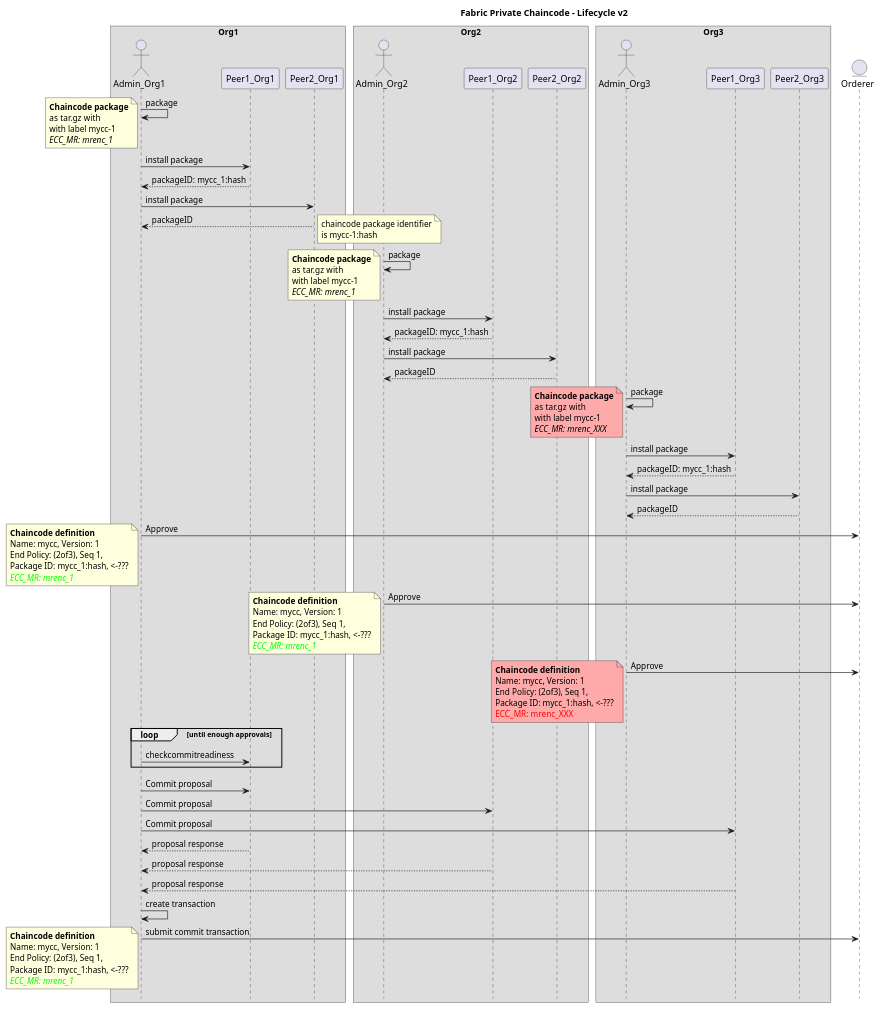
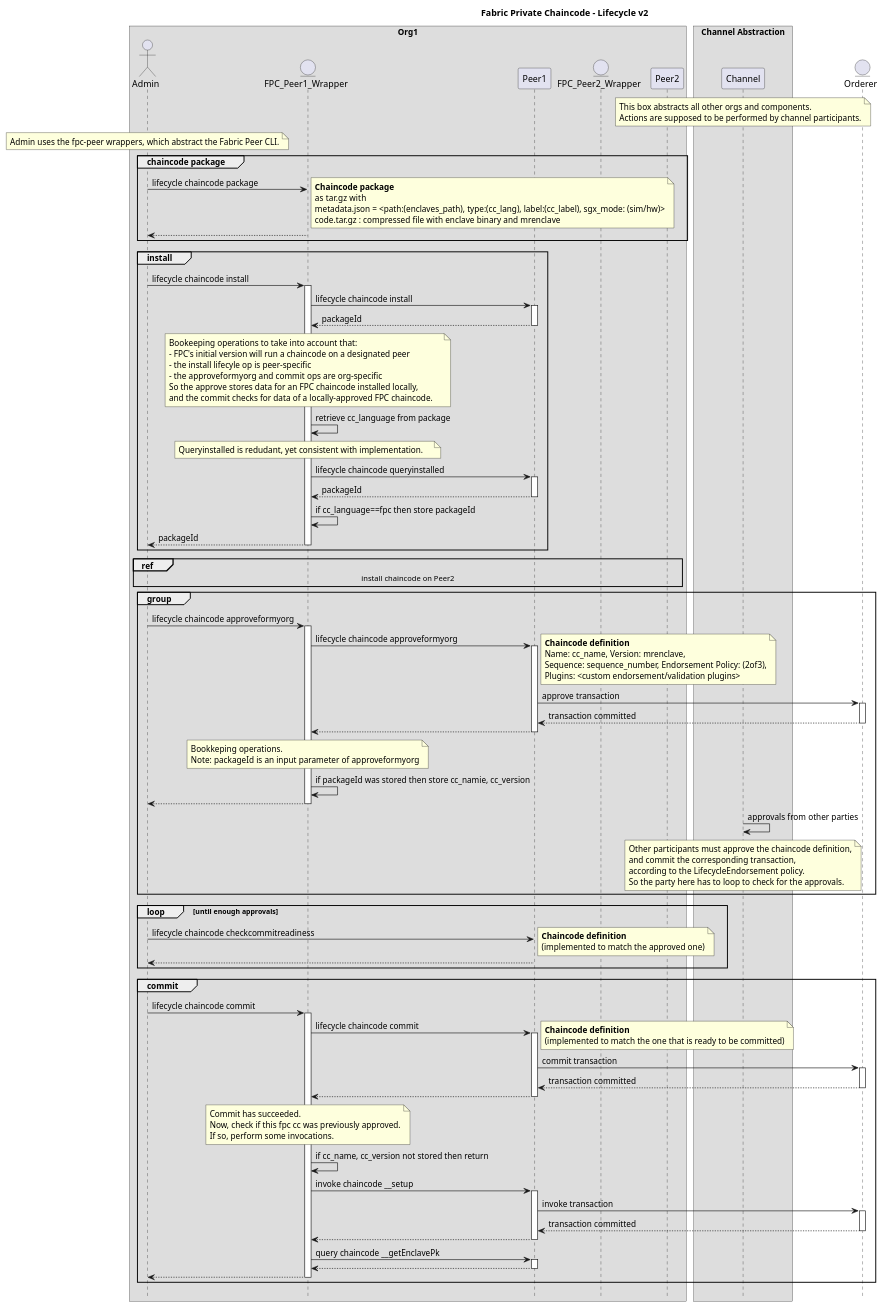
One commit to hyperledger/fabric-private-chaincode changed the diagram in docs/design/fabric-v2+/fpc-lifecycle-v2.puml. Above: the diagram before and after it, drawn with PlantUML. The commit also changed 2 other files, not shown here.

Commit message:
no new file; modify original one

```diff
--- a/docs/design/fabric-v2+/fpc-lifecycle-v2.puml
+++ b/docs/design/fabric-v2+/fpc-lifecycle-v2.puml
@@ -8,129 +8,132 @@
 @startuml
-
-'- force wrapping of longer text
-'skinparam wrapWidth 400
 
 !pragma teoz true
 
 hide footbox
 title Foot Box removed
 
 title Fabric Private Chaincode - Lifecycle v2
 
 box "Org1"
-actor	Admin_Org1
-participant Peer1_Org1
-participant Peer2_Org1
+actor	Admin order 10
+entity "FPC_Peer1_Wrapper" as FPC_Peer1_Wrapper order 15
+participant Peer1 order 20
+entity "FPC_Peer2_Wrapper" as FPC_Peer2_Wrapper order 30
+participant Peer2 order 40
 end box
 
-box "Org2"
-actor	Admin_Org2
-participant Peer1_Org2
-participant Peer2_Org2
+box "Channel Abstraction"
+participant Channel order 70
+note over Channel
+    This box abstracts all other orgs and components.
+    Actions are supposed to be performed by channel participants.
+end note
 end box
 
-box "Org3"
-actor	Admin_Org3
-participant Peer1_Org3
-participant Peer2_Org3
-end box
+entity Orderer order 80
 
-entity Orderer
-
-
-Admin_Org1 -> Admin_Org1 : package
-note left
-	**Chaincode package**
-	as tar.gz with
-	with label mycc-1
-	//ECC_MR: mrenc_1//
+note over Admin
+    Admin uses the fpc-peer wrappers, which abstract the Fabric Peer CLI.
 end note
 
-Admin_Org1 -> Peer1_Org1 : install package
-return packageID: mycc_1:hash
-Admin_Org1 -> Peer2_Org1 : install package
-return packageID
+group chaincode package
+Admin -> FPC_Peer1_Wrapper : lifecycle chaincode package
 note right
-	chaincode package identifier
-	is mycc-1:hash
+    **Chaincode package**
+    as tar.gz with
+    metadata.json = <path:(enclaves_path), type:(cc_lang), label:(cc_label), sgx_mode: (sim/hw)>
+    code.tar.gz : compressed file with enclave binary and mrenclave
+end note
+return
+end /' group chaincode package '/
+
+group install
+Admin -> FPC_Peer1_Wrapper ++: lifecycle chaincode install
+FPC_Peer1_Wrapper -> Peer1 ++: lifecycle chaincode install
+return packageId
+note over FPC_Peer1_Wrapper
+    Bookeeping operations to take into account that:
+    - FPC's initial version will run a chaincode on a designated peer
+    - the install lifecyle op is peer-specific
+    - the approveformyorg and commit ops are org-specific
+    So the approve stores data for an FPC chaincode installed locally,
+    and the commit checks for data of a locally-approved FPC chaincode.    
+end note
+FPC_Peer1_Wrapper -> FPC_Peer1_Wrapper : retrieve cc_language from package
+note over FPC_Peer1_Wrapper
+    Queryinstalled is redudant, yet consistent with implementation.    
+end note
+FPC_Peer1_Wrapper -> Peer1 ++: lifecycle chaincode queryinstalled
+return packageId
+FPC_Peer1_Wrapper -> FPC_Peer1_Wrapper : if cc_language==fpc then store packageId
+return packageId /' Admin -> FPC_Peer1_Wrapper '/
+end /' group install '/
+
+ref over Admin, FPC_Peer2_Wrapper, Peer2
+    install chaincode on Peer2
+end /' ref '/
+
+group /' approve '/
+Admin -> FPC_Peer1_Wrapper ++: lifecycle chaincode approveformyorg
+FPC_Peer1_Wrapper -> Peer1 ++: lifecycle chaincode approveformyorg
+note right
+    **Chaincode definition**
+    Name: cc_name, Version: mrenclave,
+    Sequence: sequence_number, Endorsement Policy: (2of3),
+    Plugins: <custom endorsement/validation plugins>
+end note
+Peer1 -> Orderer ++: approve transaction
+return transaction committed /' Peer1 -> Orderer '/
+return /' FPC_Peer1_Wrapper -> Peer1 '/
+note over FPC_Peer1_Wrapper
+    Bookkeping operations.
+    Note: packageId is an input parameter of approveformyorg
+end note
+FPC_Peer1_Wrapper -> FPC_Peer1_Wrapper : if packageId was stored then store cc_namie, cc_version
+return /' Admin -> FPC_Peer1_Wrapper '/
+
+Channel -> Channel : approvals from other parties
+note over Channel
+    Other participants must approve the chaincode definition,
+    and commit the corresponding transaction,
+    according to the LifecycleEndorsement policy.
+    So the party here has to loop to check for the approvals.
 end note
 
-Admin_Org2 -> Admin_Org2 : package
-note left
-	**Chaincode package**
-	as tar.gz with
-	with label mycc-1
-	//ECC_MR: mrenc_1//
-end note
-
-Admin_Org2 -> Peer1_Org2 : install package
-return packageID: mycc_1:hash
-Admin_Org2 -> Peer2_Org2 : install package
-return packageID
-
-Admin_Org3 -> Admin_Org3 : package
-note left #FFAAAA
-	**Chaincode package**
-	as tar.gz with
-	with label mycc-1
-	//ECC_MR: mrenc_XXX//
-end note
-
-Admin_Org3 -> Peer1_Org3 : install package
-return packageID: mycc_1:hash
-Admin_Org3 -> Peer2_Org3 : install package
-return packageID
-
-
-Admin_Org1 -> Orderer : Approve
-note left
-	**Chaincode definition**
-	Name: mycc, Version: 1
-	End Policy: (2of3), Seq 1,
-	Package ID: mycc_1:hash, <-???
-	//<color #00FF00>ECC_MR: mrenc_1</color>//
-end note
-
-Admin_Org2 -> Orderer : Approve
-note left
-	**Chaincode definition**
-	Name: mycc, Version: 1
-	End Policy: (2of3), Seq 1,
-	Package ID: mycc_1:hash, <-???
-	//<color #00FF00>ECC_MR: mrenc_1</color>//
-end note
-
-Admin_Org3 -> Orderer : Approve
-note left #FFAAAA
-	**Chaincode definition**
-	Name: mycc, Version: 1
-	End Policy: (2of3), Seq 1,
-	Package ID: mycc_1:hash, <-???
-	<color #FF0000>ECC_MR: mrenc_XXX</color>
-end note
+end /' group approve '/
 
 loop until enough approvals
-	Admin_Org1 -> Peer1_Org1 : checkcommitreadiness
+	Admin -> Peer1 : lifecycle chaincode checkcommitreadiness
+note right
+    **Chaincode definition**
+    (implemented to match the approved one)
+end note
+    return
 end
 
-
-Admin_Org1 -> Peer1_Org1 : Commit proposal
-Admin_Org1 -> Peer1_Org2 : Commit proposal
-Admin_Org1 -> Peer1_Org3 : Commit proposal
-
-Peer1_Org1 --> Admin_Org1: proposal response
-Peer1_Org2 --> Admin_Org1: proposal response
-Peer1_Org3 --> Admin_Org1: proposal response
-
-Admin_Org1 -> Admin_Org1 : create transaction
-Admin_Org1 -> Orderer : submit commit transaction
-note left
-	**Chaincode definition**
-	Name: mycc, Version: 1
-	End Policy: (2of3), Seq 1,
-	Package ID: mycc_1:hash, <-???
-	//<color #00FF00>ECC_MR: mrenc_1</color>//
+group commit
+Admin -> FPC_Peer1_Wrapper ++:lifecycle chaincode commit
+FPC_Peer1_Wrapper -> Peer1 ++: lifecycle chaincode commit
+note right
+    **Chaincode definition**
+    (implemented to match the one that is ready to be committed)
 end note
-
+Peer1 -> Orderer ++: commit transaction
+return transaction committed /' Peer1 -> Orderer '/
+return /' FPC_Peer1_Wrapper -> Peer1 '/
+note over FPC_Peer1_Wrapper
+    Commit has succeeded.
+    Now, check if this fpc cc was previously approved.
+    If so, perform some invocations.
+end note
+FPC_Peer1_Wrapper -> FPC_Peer1_Wrapper : if cc_name, cc_version not stored then return
+FPC_Peer1_Wrapper -> Peer1 ++: invoke chaincode __setup
+Peer1 -> Orderer ++: invoke transaction
+return transaction committed
+return /' FPC_Peer1_Wrapper -> Peer1 '/
+FPC_Peer1_Wrapper -> Peer1 ++: query chaincode __getEnclavePk
+return /' FPC_Peer1_Wrapper -> Peer1 '/
+return /' Admin -> FPC_Peer1_Wrapper '/
+end /' group commit '/
 
 @enduml
```
